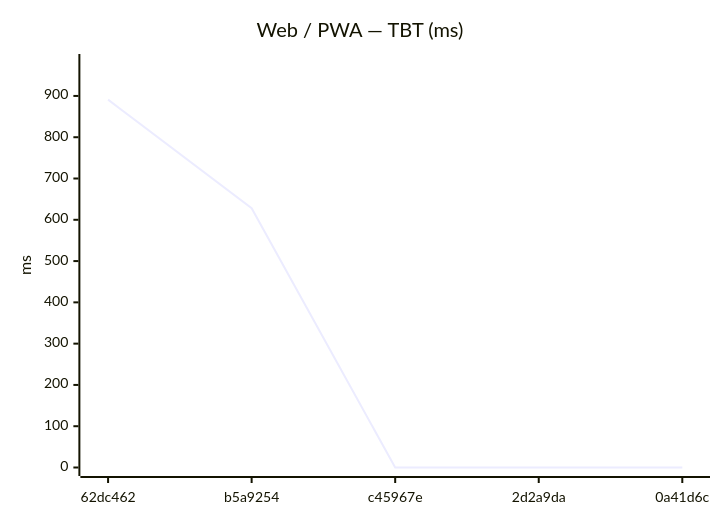
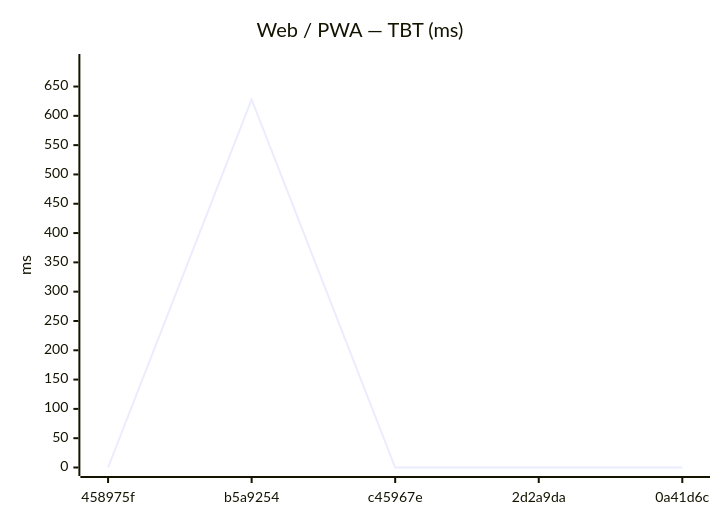
The eighth of 18 diagrams in benchmarks/compare.md (Metaheurist/Rianell), drawn with Mermaid before and after one commit. The commit also changed other lines of this file and 11 other files, not shown here.

````diff
--- a/benchmarks/compare.md
+++ b/benchmarks/compare.md
@@ -124,7 +124,7 @@
 ```mermaid
 xychart-beta
     title "Web / PWA — TBT (ms)"
-    x-axis ["62dc462", "b5a9254", "c45967e", "2d2a9da", "0a41d6c"]
-    y-axis "ms" 0 --> 981
-    line [891, 628, 0, 0, 0]
+    x-axis ["458975f", "b5a9254", "c45967e", "2d2a9da", "0a41d6c"]
+    y-axis "ms" 0 --> 691
+    line [0, 628, 0, 0, 0]
 ```
````
